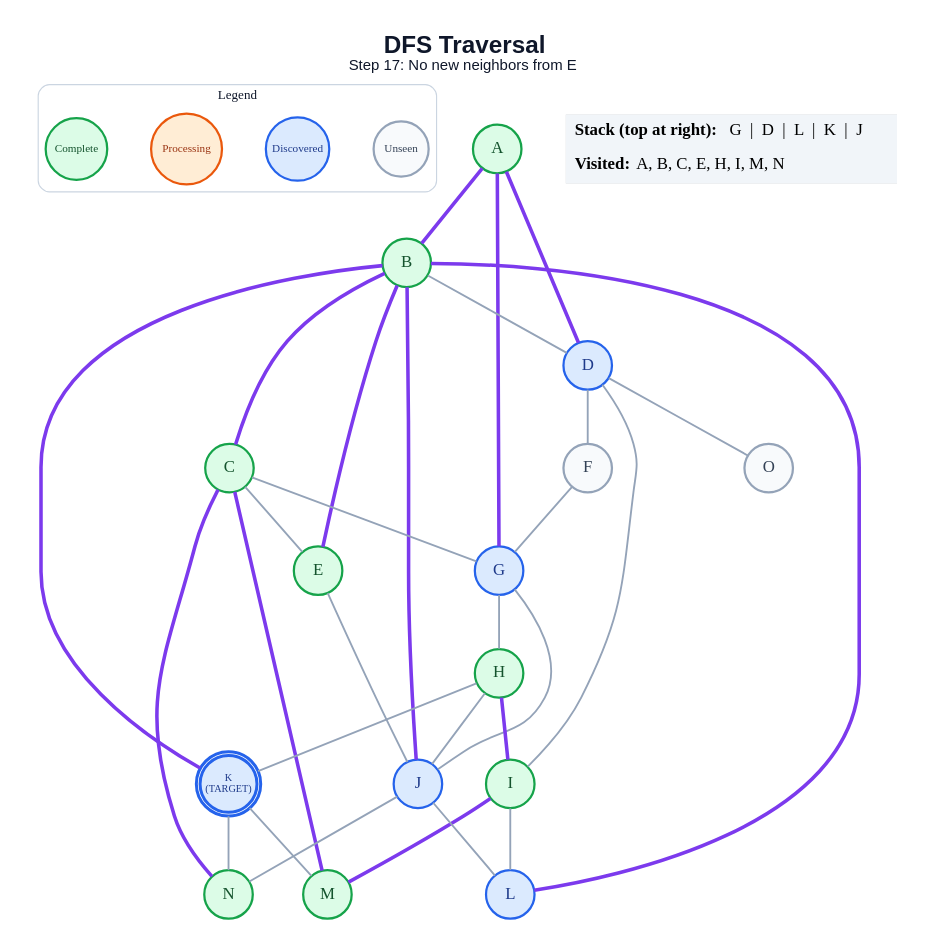
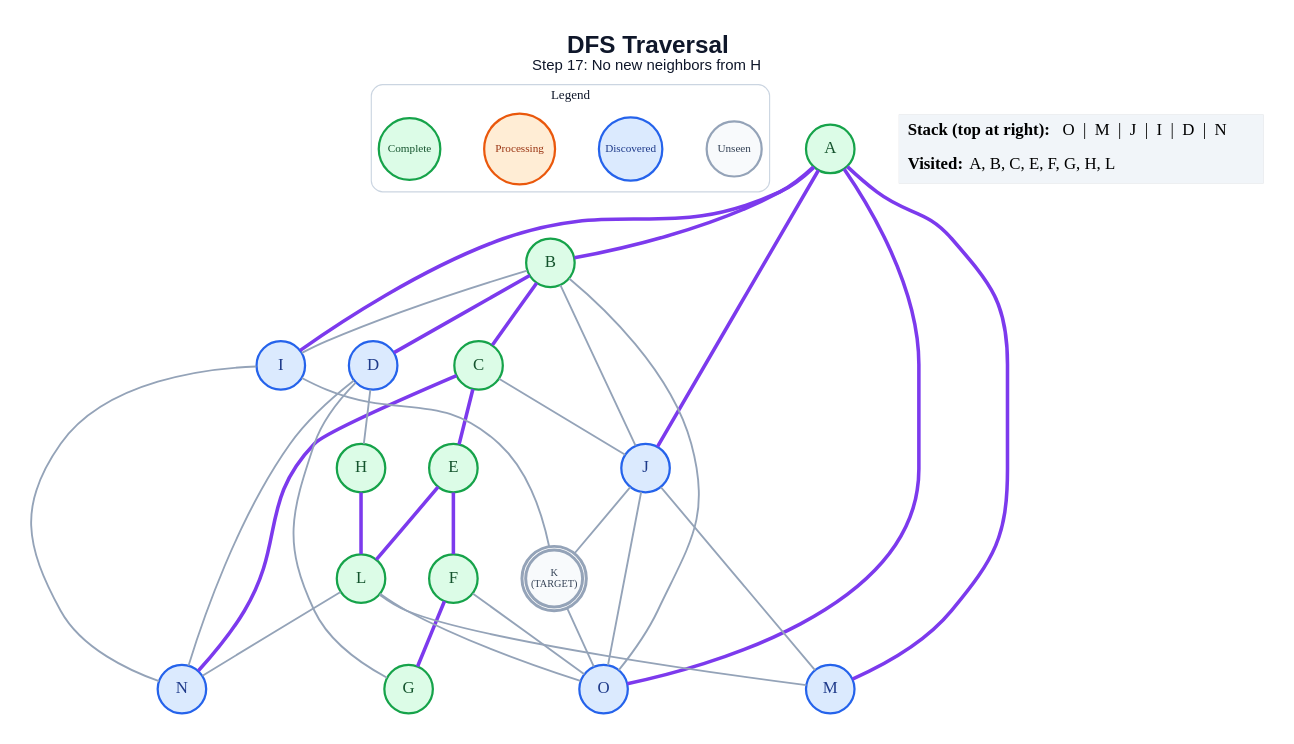
Before and after one commit to anon7238593-create/ai-slop: the diagram in generated/specific-node/dfs/step_17.dot, drawn with Graphviz. The commit also changed 248 other files, not shown here.

```diff
--- a/generated/specific-node/dfs/step_17.dot
+++ b/generated/specific-node/dfs/step_17.dot
@@ -1,63 +1,64 @@
 graph traversal {
   graph [layout=dot, rankdir=TB, bgcolor="#FFFFFF", pad="0.35", nodesep="0.65", ranksep="0.8", fontname="Arial"];
   node [shape=circle, style="filled", fontname="Arial Bold", fontsize=18, width=0.72, fixedsize=true, penwidth=2.4];
   edge [color="#94A3B8", penwidth=2.0];
-  label=<<B>DFS Traversal</B><BR/><FONT POINT-SIZE="16">Step 17: No new neighbors from E</FONT>>; labelloc="t"; fontsize=26; fontname="Arial"; fontcolor="#0F172A";
+  label=<<B>DFS Traversal</B><BR/><FONT POINT-SIZE="16">Step 17: No new neighbors from H</FONT>>; labelloc="t"; fontsize=26; fontname="Arial"; fontcolor="#0F172A";
   subgraph cluster_legend { label="Legend"; color="#CBD5E1"; penwidth=1.2; style="rounded"; fontsize=14; fontname="Arial Bold";
     key_unseen [label="Unseen", fillcolor="#F8FAFC", color="#94A3B8", fontcolor="#334155", fontsize=12, width=0.82];
     key_frontier [label="Discovered", fillcolor="#DBEAFE", color="#2563EB", fontcolor="#1E3A8A", fontsize=12, width=0.95];
     key_current [label="Processing", fillcolor="#FFEDD5", color="#EA580C", fontcolor="#9A3412", fontsize=12, width=1.05];
     key_done [label="Complete", fillcolor="#DCFCE7", color="#16A34A", fontcolor="#14532D", fontsize=12, width=0.92];
     { rank=same; key_unseen; key_frontier; key_current; key_done; }
   }
   A [label="A", fillcolor="#DCFCE7", color="#16A34A", fontcolor="#14532D", peripheries=1, penwidth=2.4];
   B [label="B", fillcolor="#DCFCE7", color="#16A34A", fontcolor="#14532D", peripheries=1, penwidth=2.4];
   C [label="C", fillcolor="#DCFCE7", color="#16A34A", fontcolor="#14532D", peripheries=1, penwidth=2.4];
   D [label="D", fillcolor="#DBEAFE", color="#2563EB", fontcolor="#1E3A8A", peripheries=1, penwidth=2.4];
   E [label="E", fillcolor="#DCFCE7", color="#16A34A", fontcolor="#14532D", peripheries=1, penwidth=2.4];
-  F [label="F", fillcolor="#F8FAFC", color="#94A3B8", fontcolor="#334155", peripheries=1, penwidth=2.4];
-  G [label="G", fillcolor="#DBEAFE", color="#2563EB", fontcolor="#1E3A8A", peripheries=1, penwidth=2.4];
+  F [label="F", fillcolor="#DCFCE7", color="#16A34A", fontcolor="#14532D", peripheries=1, penwidth=2.4];
+  G [label="G", fillcolor="#DCFCE7", color="#16A34A", fontcolor="#14532D", peripheries=1, penwidth=2.4];
   H [label="H", fillcolor="#DCFCE7", color="#16A34A", fontcolor="#14532D", peripheries=1, penwidth=2.4];
-  I [label="I", fillcolor="#DCFCE7", color="#16A34A", fontcolor="#14532D", peripheries=1, penwidth=2.4];
+  I [label="I", fillcolor="#DBEAFE", color="#2563EB", fontcolor="#1E3A8A", peripheries=1, penwidth=2.4];
   J [label="J", fillcolor="#DBEAFE", color="#2563EB", fontcolor="#1E3A8A", peripheries=1, penwidth=2.4];
-  K [label="K\n(TARGET)", fillcolor="#DBEAFE", color="#2563EB", fontcolor="#1E3A8A", peripheries=2, penwidth=3.2, fontsize=11, width=0.85, height=0.85];
-  L [label="L", fillcolor="#DBEAFE", color="#2563EB", fontcolor="#1E3A8A", peripheries=1, penwidth=2.4];
-  M [label="M", fillcolor="#DCFCE7", color="#16A34A", fontcolor="#14532D", peripheries=1, penwidth=2.4];
-  N [label="N", fillcolor="#DCFCE7", color="#16A34A", fontcolor="#14532D", peripheries=1, penwidth=2.4];
-  O [label="O", fillcolor="#F8FAFC", color="#94A3B8", fontcolor="#334155", peripheries=1, penwidth=2.4];
+  K [label="K\n(TARGET)", fillcolor="#F8FAFC", color="#94A3B8", fontcolor="#334155", peripheries=2, penwidth=3.2, fontsize=11, width=0.85, height=0.85];
+  L [label="L", fillcolor="#DCFCE7", color="#16A34A", fontcolor="#14532D", peripheries=1, penwidth=2.4];
+  M [label="M", fillcolor="#DBEAFE", color="#2563EB", fontcolor="#1E3A8A", peripheries=1, penwidth=2.4];
+  N [label="N", fillcolor="#DBEAFE", color="#2563EB", fontcolor="#1E3A8A", peripheries=1, penwidth=2.4];
+  O [label="O", fillcolor="#DBEAFE", color="#2563EB", fontcolor="#1E3A8A", peripheries=1, penwidth=2.4];
   A -- B [color="#7C3AED", penwidth=3.8];
-  A -- D [color="#7C3AED", penwidth=3.8];
-  A -- G [color="#7C3AED", penwidth=3.8];
+  A -- I [color="#7C3AED", penwidth=3.8];
+  A -- J [color="#7C3AED", penwidth=3.8];
+  A -- M [color="#7C3AED", penwidth=3.8];
+  A -- O [color="#7C3AED", penwidth=3.8];
   B -- C [color="#7C3AED", penwidth=3.8];
-  B -- D;
-  B -- E [color="#7C3AED", penwidth=3.8];
-  B -- J [color="#7C3AED", penwidth=3.8];
-  B -- K [color="#7C3AED", penwidth=3.8];
-  B -- L [color="#7C3AED", penwidth=3.8];
-  C -- E;
-  C -- G;
-  C -- M [color="#7C3AED", penwidth=3.8];
+  B -- D [color="#7C3AED", penwidth=3.8];
+  B -- I;
+  B -- J;
+  B -- O;
+  C -- E [color="#7C3AED", penwidth=3.8];
+  C -- J;
   C -- N [color="#7C3AED", penwidth=3.8];
-  D -- F;
-  D -- I;
-  D -- O;
-  E -- J;
-  F -- G;
-  G -- H;
-  G -- J;
-  H -- I [color="#7C3AED", penwidth=3.8];
-  H -- J;
-  H -- K;
-  I -- L;
-  I -- M [color="#7C3AED", penwidth=3.8];
-  J -- L;
-  J -- N;
-  K -- M;
-  K -- N;
+  D -- G;
+  D -- H;
+  D -- N;
+  E -- F [color="#7C3AED", penwidth=3.8];
+  E -- L [color="#7C3AED", penwidth=3.8];
+  F -- G [color="#7C3AED", penwidth=3.8];
+  F -- O;
+  H -- L [color="#7C3AED", penwidth=3.8];
+  I -- K;
+  I -- N;
+  J -- K;
+  J -- M;
+  J -- O;
+  K -- O;
+  L -- M;
+  L -- N;
+  L -- O;
   status [shape=plain, fixedsize=false, width=0, height=0, margin=0, label=<
     <TABLE BORDER="0" CELLBORDER="0" CELLPADDING="7" BGCOLOR="#F1F5F9">
-      <TR><TD ALIGN="LEFT"><B>Stack (top at right):</B> G  |  D  |  L  |  K  |  J</TD></TR>
-      <TR><TD ALIGN="LEFT"><B>Visited:</B> A, B, C, E, H, I, M, N</TD></TR>
+      <TR><TD ALIGN="LEFT"><B>Stack (top at right):</B> O  |  M  |  J  |  I  |  D  |  N</TD></TR>
+      <TR><TD ALIGN="LEFT"><B>Visited:</B> A, B, C, E, F, G, H, L</TD></TR>
     </TABLE>
   >];
 }
```
